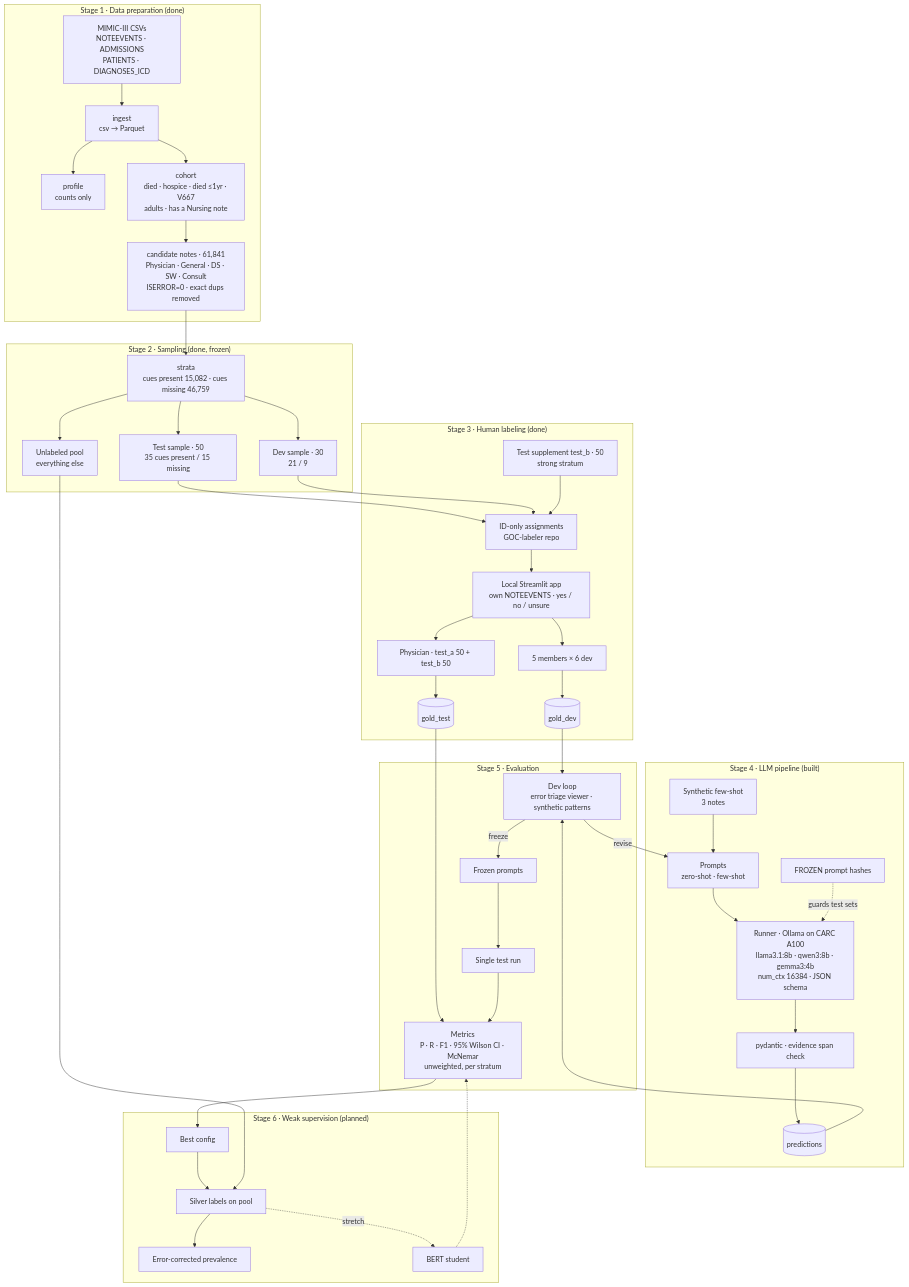
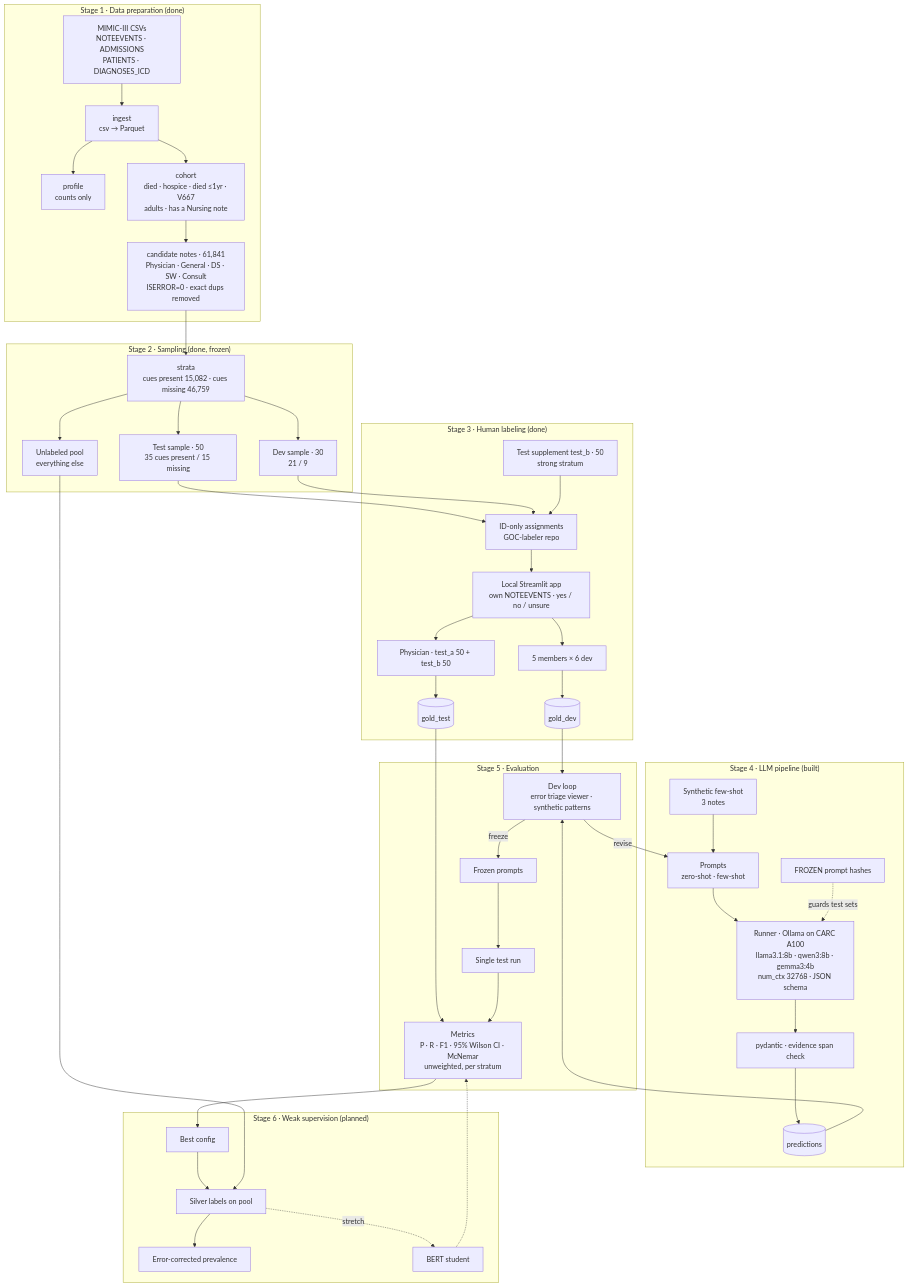
The diagram in ARCHITECTURE.md (dennisdang5/GOC-pilot), drawn with Mermaid before and after one commit. The commit also changed 10 other files, not shown here.

First line of the commit message:
Register dev round r4: 5 user-written few-shot examples, num_ctx 32768

````diff
--- a/ARCHITECTURE.md
+++ b/ARCHITECTURE.md
@@ -8,52 +8,52 @@
 ```mermaid
 flowchart TD
     subgraph DATA["Stage 1 · Data preparation (done)"]
         RAW[MIMIC-III CSVs<br/>NOTEEVENTS · ADMISSIONS<br/>PATIENTS · DIAGNOSES_ICD] --> ING[ingest<br/>csv → Parquet]
         ING --> PROF[profile<br/>counts only]
         ING --> COH[cohort<br/>died · hospice · died ≤1yr · V667<br/>adults · has a Nursing note]
         COH --> CAND[candidate notes · 61,841<br/>Physician · General · DS · SW · Consult<br/>ISERROR=0 · exact dups removed]
     end
 
     subgraph SAMPLE["Stage 2 · Sampling (done, frozen)"]
         CAND --> STRAT[strata<br/>cues present 15,082 · cues missing 46,759]
         STRAT --> TEST[Test sample · 50<br/>35 cues present / 15 missing]
         STRAT --> DEV[Dev sample · 30<br/>21 / 9]
         STRAT --> POOL[Unlabeled pool<br/>everything else]
     end
 
     subgraph GOLD["Stage 3 · Human labeling (done)"]
         TEST --> ASSIGN[ID-only assignments<br/>GOC-labeler repo]
         DEV --> ASSIGN
         TESTB[Test supplement test_b · 50<br/>strong stratum] --> ASSIGN
         ASSIGN --> APP[Local Streamlit app<br/>own NOTEEVENTS · yes / no / unsure]
         APP --> PHYS[Physician · test_a 50 + test_b 50] --> GT[(gold_test)]
         APP --> MEM[5 members × 6 dev] --> GD[(gold_dev)]
     end
 
     subgraph LLM["Stage 4 · LLM pipeline (built)"]
         SYN[Synthetic few-shot<br/>3 notes] --> PROMPT[Prompts<br/>zero-shot · few-shot]
-        PROMPT --> RUN[Runner · Ollama on CARC A100<br/>llama3.1:8b · qwen3:8b · gemma3:4b<br/>num_ctx 16384 · JSON schema]
+        PROMPT --> RUN[Runner · Ollama on CARC A100<br/>llama3.1:8b · qwen3:8b · gemma3:4b<br/>num_ctx 32768 · JSON schema]
         RUN --> VAL[pydantic · evidence span check]
         VAL --> PRED[(predictions)]
         FREEZE[FROZEN prompt hashes] -.guards test sets.-> RUN
     end
 
     subgraph EVAL["Stage 5 · Evaluation"]
         GD --> TUNE[Dev loop<br/>error triage viewer · synthetic patterns]
         PRED --> TUNE
         TUNE -->|revise| PROMPT
         TUNE -->|freeze| FROZEN[Frozen prompts]
         FROZEN --> ONCE[Single test run]
         GT --> METRICS[Metrics<br/>P · R · F1 · 95% Wilson CI · McNemar<br/>unweighted, per stratum]
         ONCE --> METRICS
     end
 
     subgraph WEAK["Stage 6 · Weak supervision (planned)"]
         METRICS --> BEST[Best config]
         BEST --> SILVER[Silver labels on pool]
         POOL --> SILVER
         SILVER --> EST[Error-corrected prevalence]
         SILVER -.stretch.-> BERT[BERT student]
         BERT -.-> METRICS
     end
 ```
````
